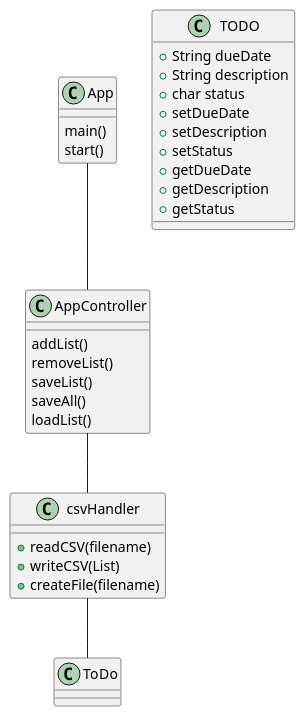
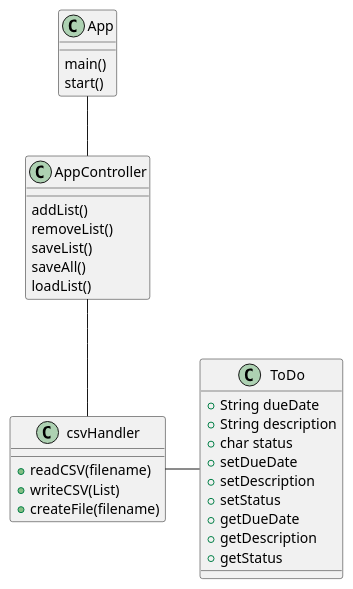
One commit to AndresCKF/Rosales-COP3330-assignment4 changed the diagram in UML/App.puml. Above: the diagram before and after it, drawn with PlantUML. The commit also changed 3 other files, not shown here.

```diff
--- a/UML/App.puml
+++ b/UML/App.puml
@@ -1,36 +1,35 @@
 @startuml
 'https://plantuml.com/sequence-diagram
 
 class App{
     main()
     start()
 }
 class AppController{
     addList()
     removeList()
     saveList()
     saveAll()
     loadList()
-
 }
-class TODO{
+class ToDo{
     +String dueDate
     +String description
     +char status
     +setDueDate
     +setDescription
     +setStatus
     +getDueDate
     +getDescription
     +getStatus
 }
 
 class csvHandler {
     + readCSV(filename)
     + writeCSV(List)
     + createFile(filename)
 }
 App -- AppController
 AppController -- csvHandler
-csvHandler -- ToDo
+csvHandler - ToDo
 @enduml
```
